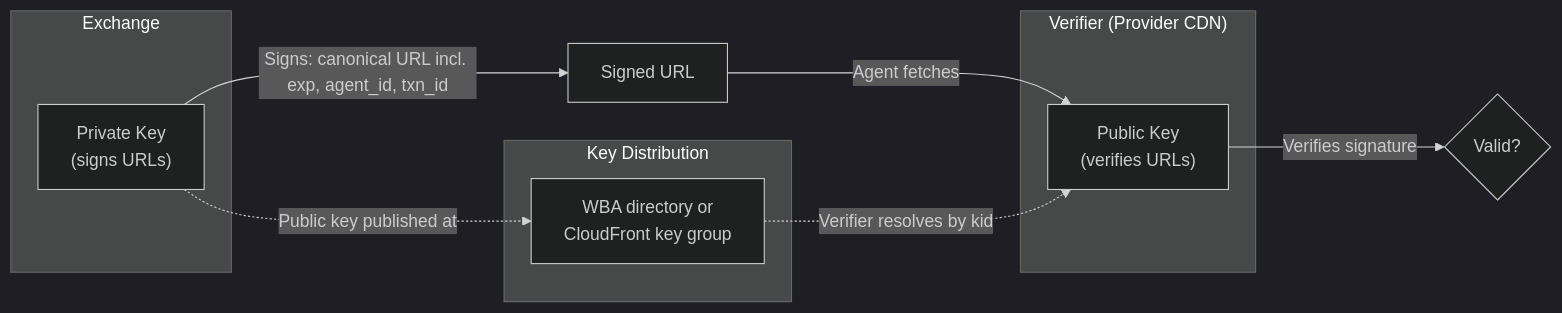
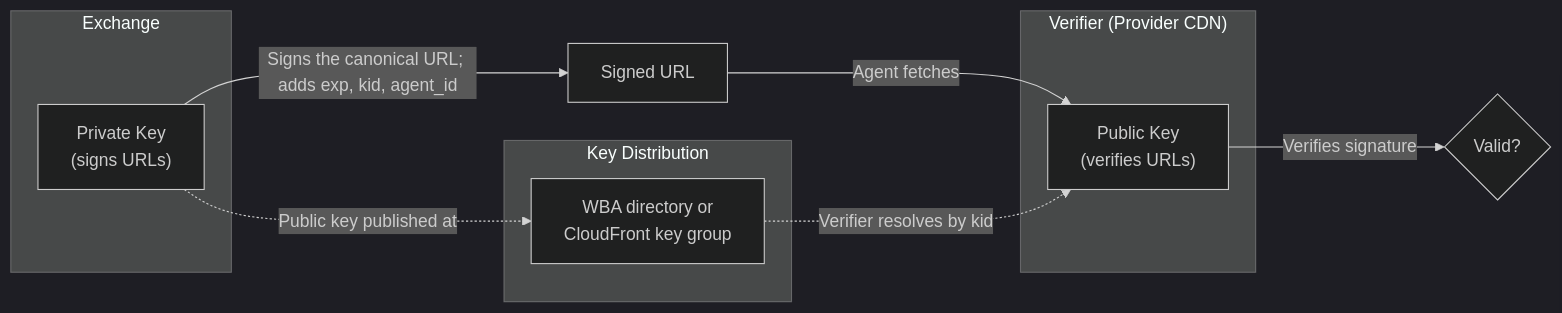
Before and after one commit to RAMP-Protocol/protocol: the third of 3 diagrams in website/src/content/docs/components/edge-function/signed-url-verification.mdx, drawn with Mermaid (dark theme). The commit also changed other lines of this file, not shown here.

First line of the commit message:
docs(edge): stop claiming the signer adds a transaction id to the URL

````diff
--- a/website/src/content/docs/components/edge-function/signed-url-verification.mdx
+++ b/website/src/content/docs/components/edge-function/signed-url-verification.mdx
@@ -223,20 +225,20 @@
 ```mermaid
 graph LR
     subgraph "Exchange"
         PRIV_KEY["Private Key<br/>(signs URLs)"]
     end
 
     subgraph "Verifier (Provider CDN)"
         PUB_KEY["Public Key<br/>(verifies URLs)"]
     end
 
     subgraph "Key Distribution"
         DIR["WBA directory or<br/>CloudFront key group"]
     end
 
-    PRIV_KEY -->|"Signs: canonical URL incl. exp, agent_id, txn_id"| SIGNED_URL[Signed URL]
+    PRIV_KEY -->|"Signs the canonical URL; adds exp, kid, agent_id"| SIGNED_URL[Signed URL]
     SIGNED_URL -->|"Agent fetches"| PUB_KEY
     PUB_KEY -->|"Verifies signature"| DECISION{Valid?}
     PRIV_KEY -.->|"Public key published at"| DIR
     DIR -.->|"Verifier resolves by kid"| PUB_KEY
 ```
````
